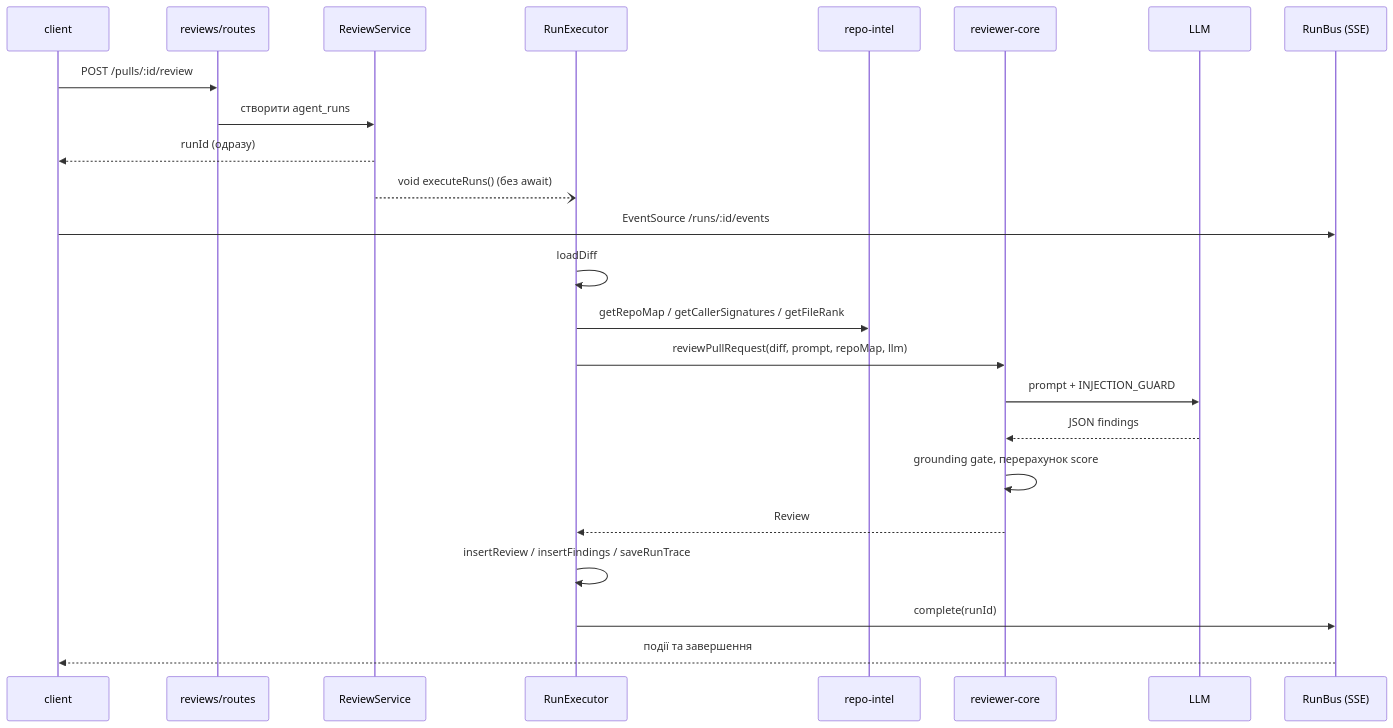
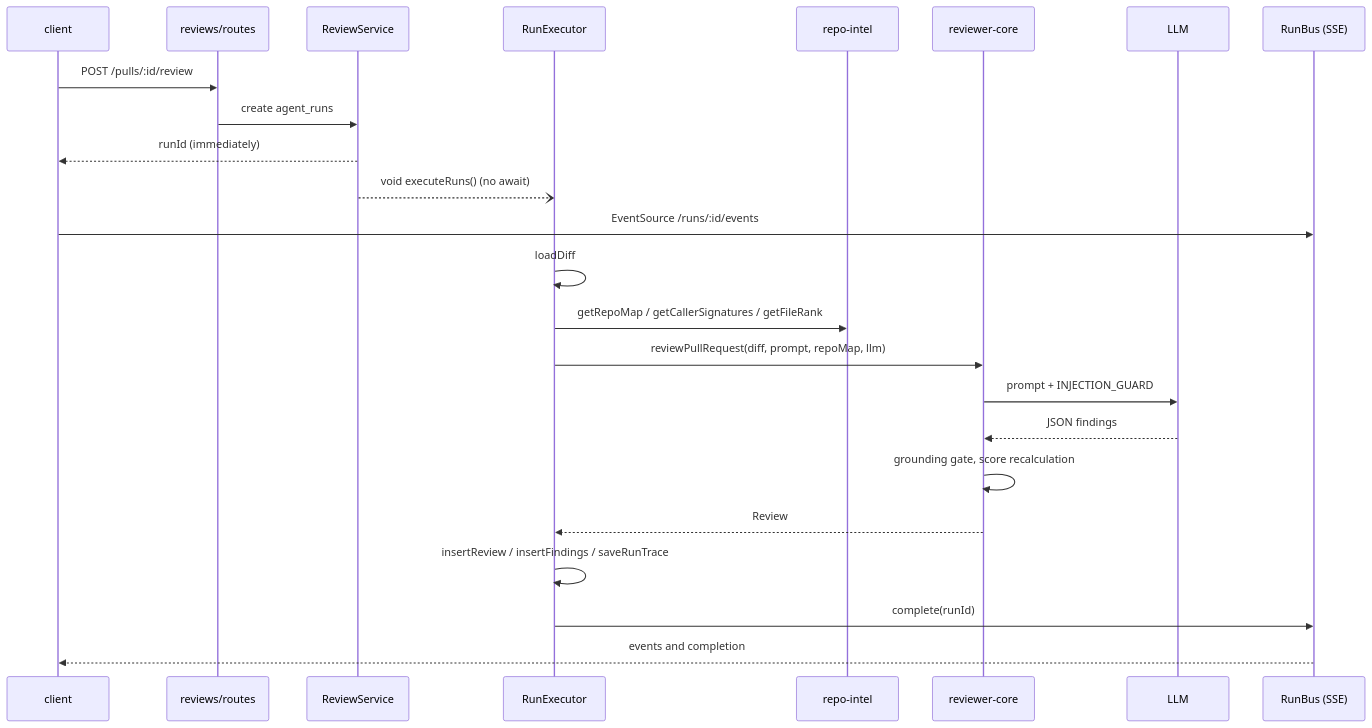
The second of 2 diagrams in docs/ONBOARDING.md (ai-agentic-engineering-neo/dev-digest), drawn with Mermaid before and after one commit. The commit also changed other lines of this file and 19 other files, not shown here.

````diff
--- a/docs/ONBOARDING.md
+++ b/docs/ONBOARDING.md
@@ -70,26 +70,26 @@
 ```mermaid
 sequenceDiagram
   participant UI as client
   participant R as reviews/routes
   participant S as ReviewService
   participant X as RunExecutor
   participant RI as repo-intel
   participant C as reviewer-core
   participant L as LLM
   participant B as RunBus (SSE)
   UI->>R: POST /pulls/:id/review
-  R->>S: створити agent_runs
-  S-->>UI: runId (одразу)
-  S--)X: void executeRuns() (без await)
+  R->>S: create agent_runs
+  S-->>UI: runId (immediately)
+  S--)X: void executeRuns() (no await)
   UI->>B: EventSource /runs/:id/events
   X->>X: loadDiff
   X->>RI: getRepoMap / getCallerSignatures / getFileRank
   X->>C: reviewPullRequest(diff, prompt, repoMap, llm)
   C->>L: prompt + INJECTION_GUARD
   L-->>C: JSON findings
-  C->>C: grounding gate, перерахунок score
+  C->>C: grounding gate, score recalculation
   C-->>X: Review
   X->>X: insertReview / insertFindings / saveRunTrace
   X->>B: complete(runId)
-  B-->>UI: події та завершення
+  B-->>UI: events and completion
 ```
````
